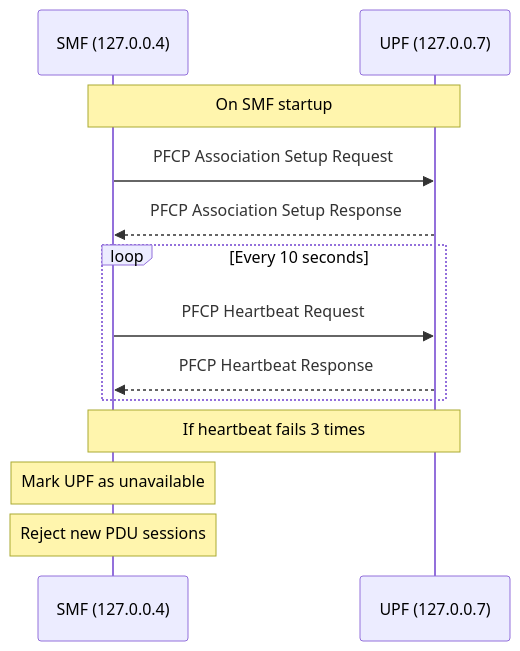
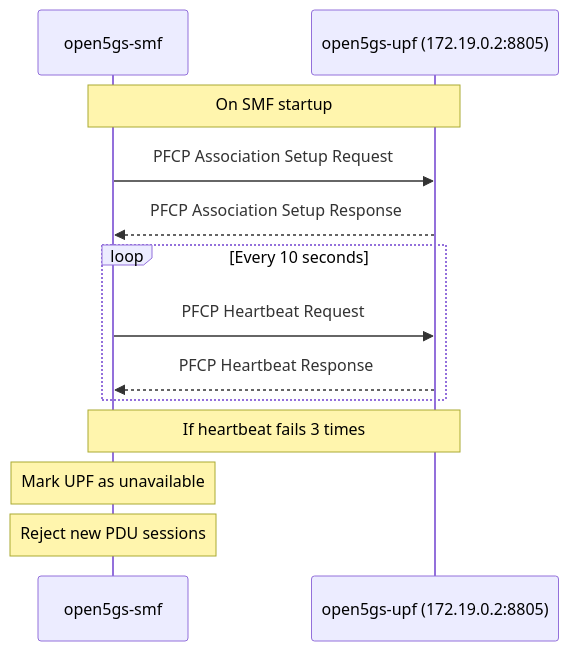
One commit to khattabpi/Open-Telecom-Lab changed the second of 3 diagrams in docs/engineering-notes/debugging-pdu-session.md. Above: the diagram before and after it, drawn with Mermaid. The commit also changed other lines of this file and 55 other files, not shown here.

````diff
--- a/docs/engineering-notes/debugging-pdu-session.md
+++ b/docs/engineering-notes/debugging-pdu-session.md
@@ -116,18 +97,18 @@
 ```mermaid
 sequenceDiagram
-    participant SMF as SMF (127.0.0.4)
-    participant UPF as UPF (127.0.0.7)
+    participant SMF as open5gs-smf
+    participant UPF as open5gs-upf (172.19.0.2:8805)
 
     Note over SMF,UPF: On SMF startup
     SMF->>UPF: PFCP Association Setup Request
     UPF-->>SMF: PFCP Association Setup Response
 
     loop Every 10 seconds
         SMF->>UPF: PFCP Heartbeat Request
         UPF-->>SMF: PFCP Heartbeat Response
     end
 
     Note over SMF,UPF: If heartbeat fails 3 times
     Note over SMF: Mark UPF as unavailable
     Note over SMF: Reject new PDU sessions
 ```
````
